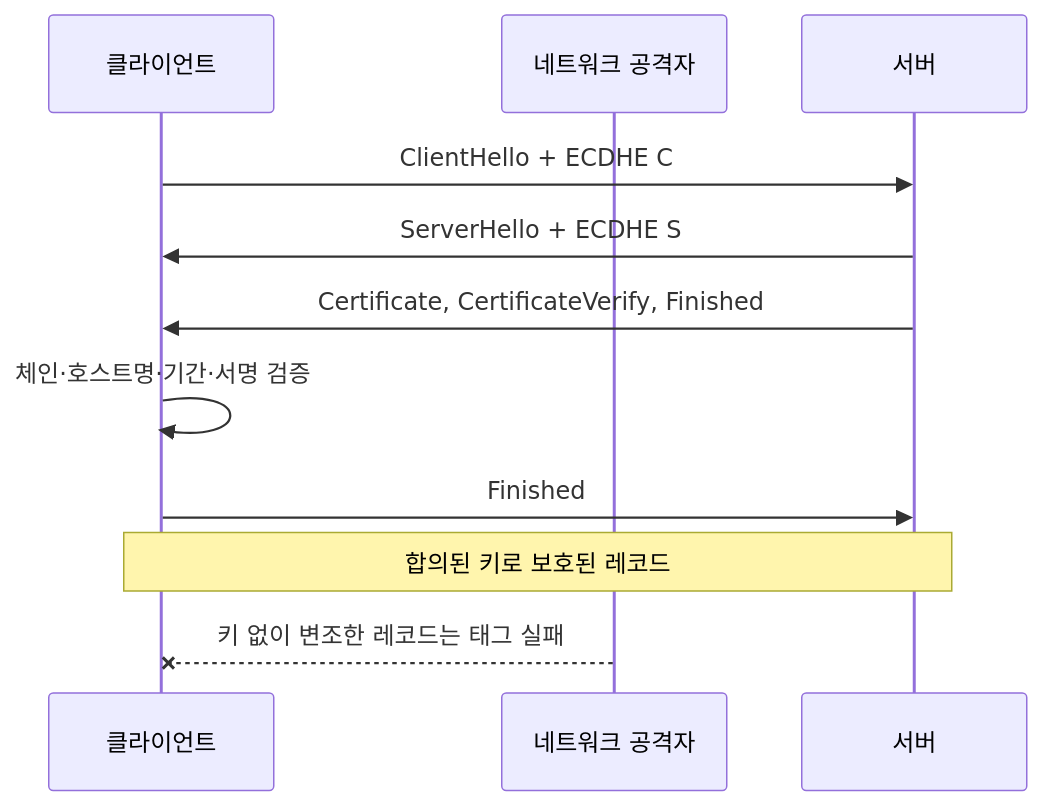
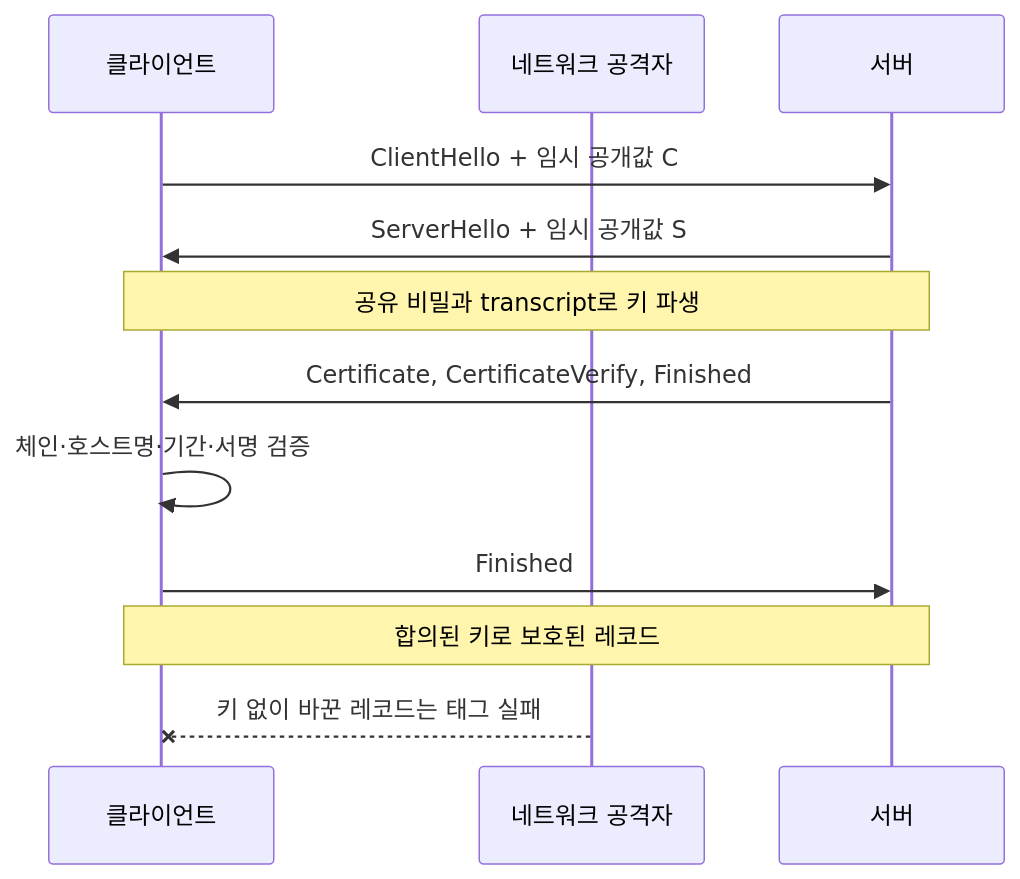
The diagram in learning/security-cryptography/07-tls-key-exchange-and-certificates.md (mj006648/netai-devsecops-runbook), drawn with Mermaid before and after one commit. The commit also changed other lines of this file and 55 other files, not shown here.

````diff
--- a/learning/security-cryptography/07-tls-key-exchange-and-certificates.md
+++ b/learning/security-cryptography/07-tls-key-exchange-and-certificates.md
@@ -35,13 +53,14 @@
 ```mermaid
 sequenceDiagram
     participant C as 클라이언트
     participant M as 네트워크 공격자
     participant S as 서버
-    C->>S: ClientHello + ECDHE C
-    S->>C: ServerHello + ECDHE S
+    C->>S: ClientHello + 임시 공개값 C
+    S->>C: ServerHello + 임시 공개값 S
+    Note over C,S: 공유 비밀과 transcript로 키 파생
     S->>C: Certificate, CertificateVerify, Finished
     C->>C: 체인·호스트명·기간·서명 검증
     C->>S: Finished
     Note over C,S: 합의된 키로 보호된 레코드
-    M--xC: 키 없이 변조한 레코드는 태그 실패
+    M--xC: 키 없이 바꾼 레코드는 태그 실패
 ```
````
